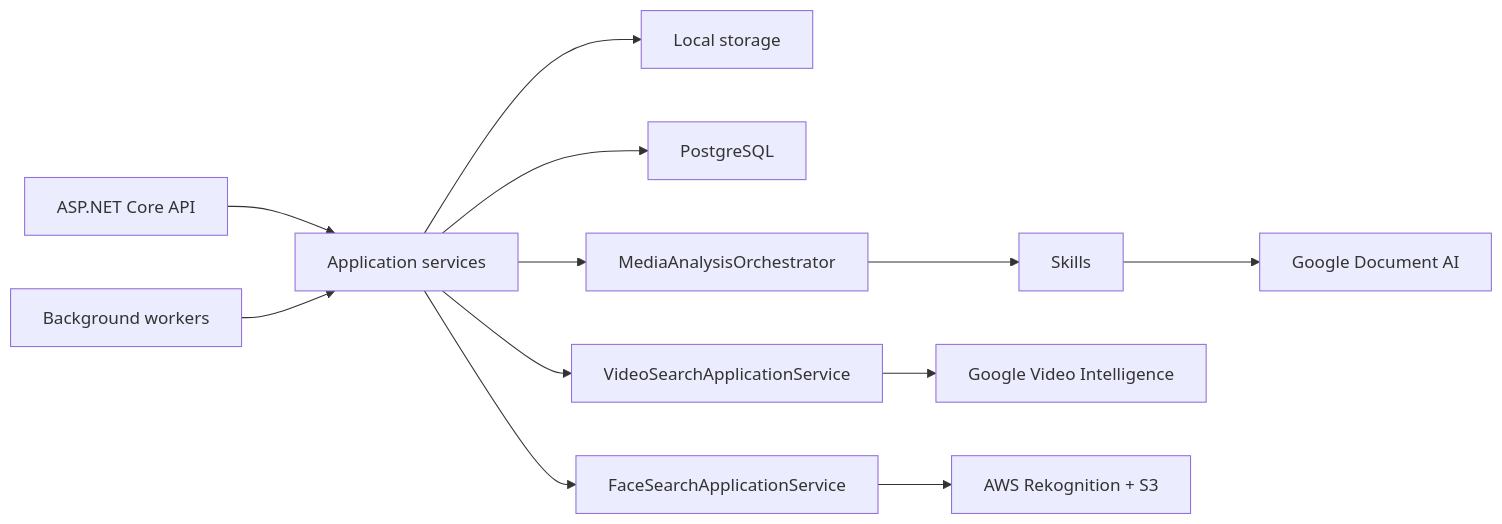
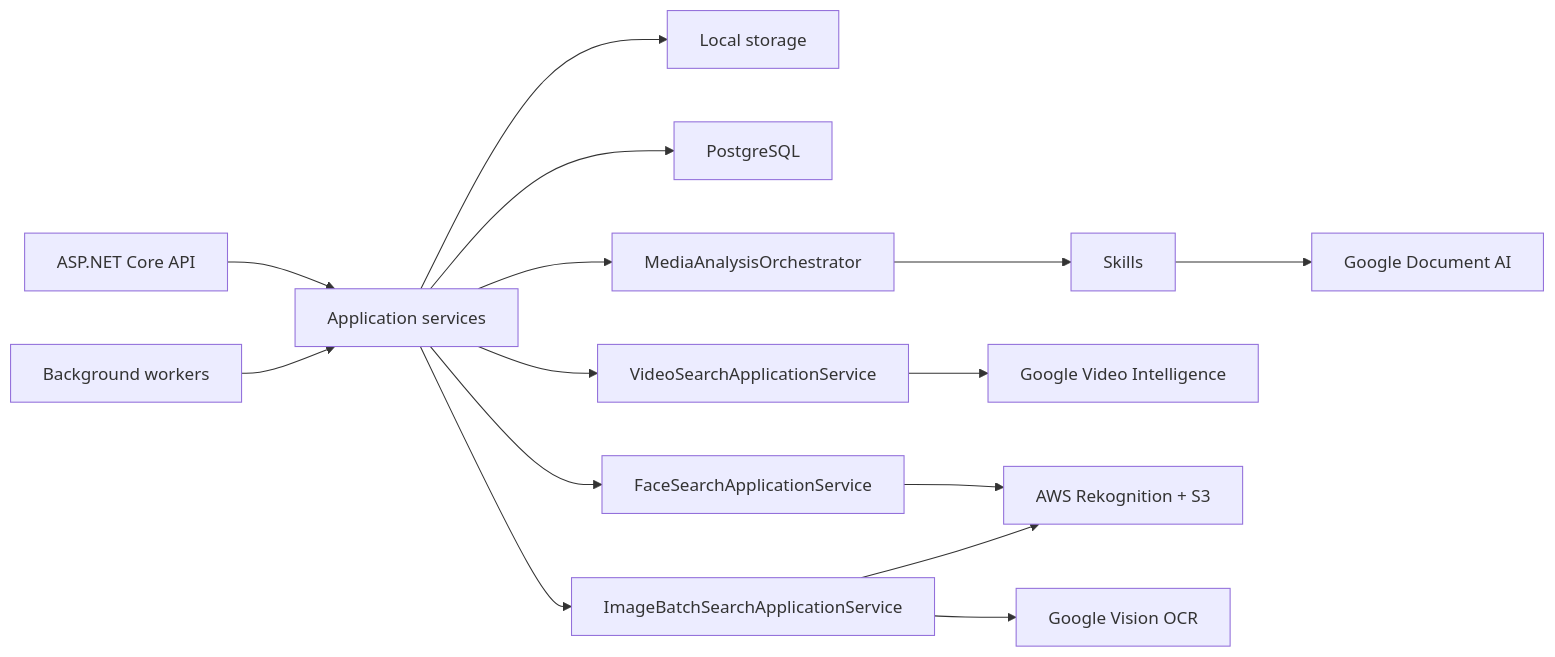
One commit to lokomurdok89/DeValpo.MediaIntelligence changed the second of 2 diagrams in docs/architecture.en.md. Above: the diagram before and after it, drawn with Mermaid. The commit also changed other lines of this file and 87 other files, not shown here.

````diff
--- a/docs/architecture.en.md
+++ b/docs/architecture.en.md
@@ -46,14 +47,17 @@
 ```mermaid
 flowchart LR
     API["ASP.NET Core API"] --> App["Application services"]
     Worker["Background workers"] --> App
     App --> Storage["Local storage"]
     App --> DB["PostgreSQL"]
     App --> Orchestrator["MediaAnalysisOrchestrator"]
     Orchestrator --> Skills["Skills"]
     Skills --> Google["Google Document AI"]
     App --> VideoSearch["VideoSearchApplicationService"]
     App --> FaceSearch["FaceSearchApplicationService"]
     VideoSearch --> GVI["Google Video Intelligence"]
     FaceSearch --> AWS["AWS Rekognition + S3"]
+    App --> ImageBatch["ImageBatchSearchApplicationService"]
+    ImageBatch --> AWS
+    ImageBatch --> Vision["Google Vision OCR"]
 ```
````
